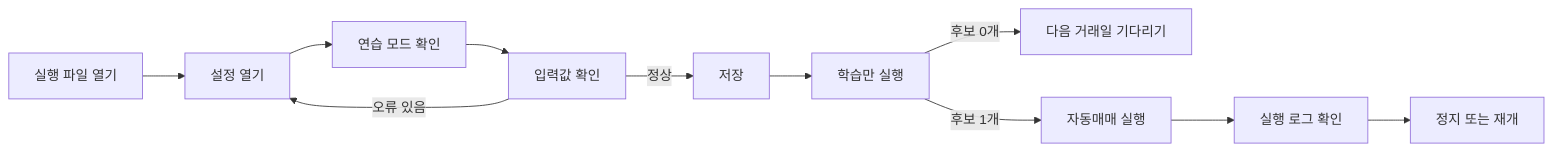
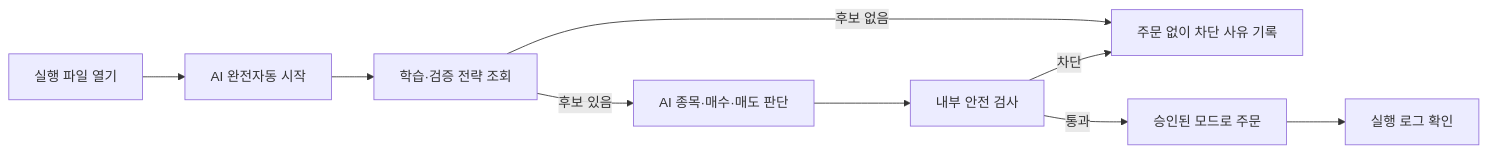
One commit to plutoparty1/nasdaq-auto-trader changed the first of 3 diagrams in README.md. Above: the diagram before and after it, drawn with Mermaid. The commit also changed other lines of this file and 35666 other files, not shown here.

````diff
--- a/README.md
+++ b/README.md
@@ -348,13 +309,11 @@
 ```mermaid
 flowchart LR
-    A[실행 파일 열기] --> B[설정 열기]
-    B --> C[연습 모드 확인]
-    C --> D[입력값 확인]
-    D -->|오류 있음| B
-    D -->|정상| E[저장]
-    E --> F[학습만 실행]
-    F -->|후보 0개| G[다음 거래일 기다리기]
-    F -->|후보 1개| H[자동매매 실행]
-    H --> I[실행 로그 확인]
-    I --> J[정지 또는 재개]
+    A[실행 파일 열기] --> B[AI 완전자동 시작]
+    B --> C[학습·검증 전략 조회]
+    C -->|후보 없음| D[주문 없이 차단 사유 기록]
+    C -->|후보 있음| E[AI 종목·매수·매도 판단]
+    E --> F[내부 안전 검사]
+    F -->|차단| D
+    F -->|통과| G[승인된 모드로 주문]
+    G --> H[실행 로그 확인]
 ```
````
